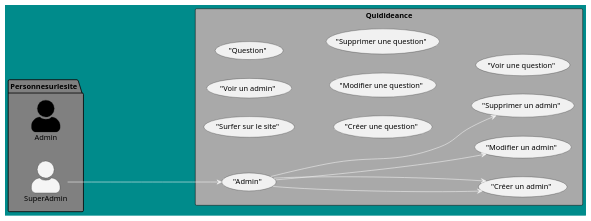
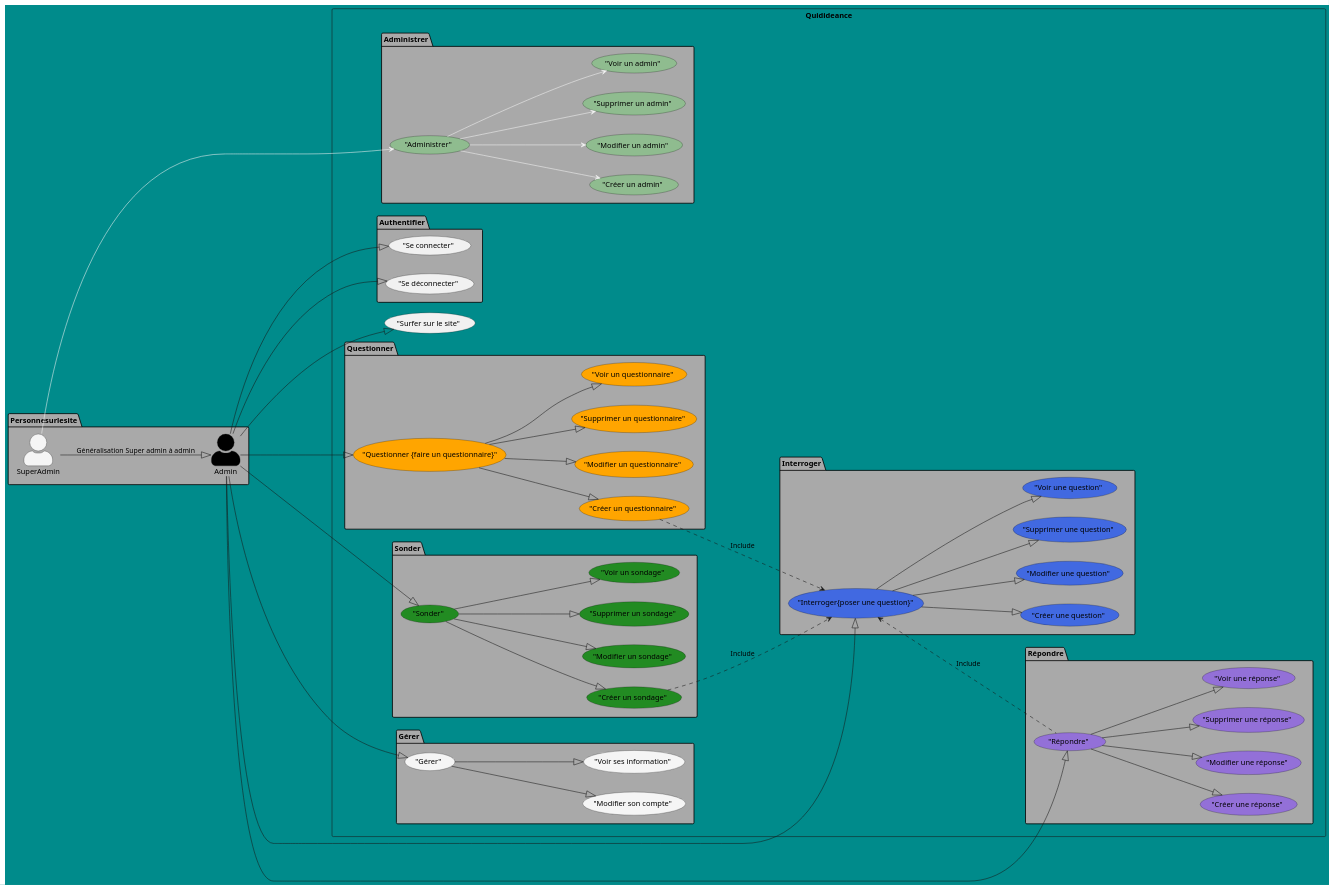
Before and after one commit to nwehla/QuidideanceTest: the diagram in documents/analyse_uml/diagramme_use_case/use_case_general.wsd, drawn with PlantUML. The commit also changed 2 other files, not shown here.

Commit message:
Avancement dans l'uml schéma

```diff
--- a/documents/analyse_uml/diagramme_use_case/use_case_general.wsd
+++ b/documents/analyse_uml/diagramme_use_case/use_case_general.wsd
@@ -1,43 +1,125 @@
 @startuml Codecouleur
 left to right direction
 skinparam actorStyle awesome
 skinparam BackgroundColor #DarkCyan
-package Personnesurlesite #Grey {
+package Personnesurlesite #DarkGrey {
 actor Admin as ADMIN #Black
 actor SuperAdmin as SUPADMIN #WhiteSmoke
 }
 
 
-Rectangle Quidideance #DarkGrey {
+Rectangle Quidideance #DarkCyan {
 
     ("Surfer sur le site") as SURF
-    ("Admin") as ADM 
-    ("Créer un admin") as ADMNEW
-    ("Modifier un admin") as ADMEDIT
-    ("Supprimer un admin") as ADMDELETE
-    ("Voir un admin") as ADMSHOW
-    ("Question") as QUE
-    ("Créer une question") as QUENEW
-    ("Modifier une question") as QUEEDIT
-    ("Supprimer une question") as QUEDELETE
-    ("Voir une question") as QUESHOW
+    
+package Administrer #DarkGrey {
+    ("Administrer") as ADM #DarkSeaGreen
+    ("Créer un admin") as ADMNEW #DarkSeaGreen
+    ("Modifier un admin") as ADMEDIT #DarkSeaGreen
+    ("Supprimer un admin") as ADMDELETE #DarkSeaGreen
+    ("Voir un admin") as ADMSHOW #DarkSeaGreen
+}
+    
+package Interroger #DarkGrey {
+
+    ("Interroger{poser une question}") as INT #RoyalBlue
+    ("Créer une question") as INTNEW #RoyalBlue
+    ("Modifier une question") as INTEDIT #RoyalBlue
+    ("Supprimer une question") as INTDELETE #RoyalBlue
+    ("Voir une question") as INTSHOW #RoyalBlue
+}
+package Questionner #DarkGrey {
+
+    ("Questionner {faire un questionnaire}") as QUE #Orange 
+    ("Créer un questionnaire") as QUENEW #Orange
+    ("Modifier un questionnaire") as QUEEDIT #Orange
+    ("Supprimer un questionnaire") as QUEDELETE #Orange
+    ("Voir un questionnaire") as QUESHOW #Orange
+}
+package Sonder #DarkGrey {
+
+    ("Sonder") as SON #ForestGreen
+    ("Créer un sondage") as SONNEW #ForestGreen
+    ("Modifier un sondage") as SONEDIT #ForestGreen
+    ("Supprimer un sondage") as SONDELETE #ForestGreen
+    ("Voir un sondage") as SONSHOW #ForestGreen
+}
+package Répondre #DarkGrey {
+
+    ("Répondre") as REP #MediumPurple
+    ("Créer une réponse") as REPNEW #MediumPurple
+    ("Modifier une réponse") as REPEDIT #MediumPurple
+    ("Supprimer une réponse") as REPDELETE #MediumPurple
+    ("Voir une réponse") as REPSHOW #MediumPurple
+}
+package Gérer #DarkGrey {
+
+    ("Gérer") as GER #WhiteSmoke
+    ("Modifier son compte") as GEREDIT #WhiteSmoke
+    ("Voir ses information") as GERSHOW #WhiteSmoke
+}
+package Authentifier #DarkGrey {
+    ("Se connecter") as CON
+    ("Se déconnecter") as DEC
+}
+
+
+    SUPADMIN--|> ADMIN : Généralisation Super admin à admin
+
+
+
+    ADMIN---|>SURF
+    ADMIN---|>CON
+    ADMIN---|>DEC
+
+
+    ADMIN---|>QUE
+    QUE---|>QUENEW
+    QUE---|>QUEEDIT
+    QUE---|>QUEDELETE
+    QUE---|>QUESHOW
+
+    ADMIN---|>SON
+    SON---|>SONNEW
+    SON---|>SONEDIT
+    SON---|>SONDELETE
+    SON---|>SONSHOW
+
+    ADMIN---|>INT
+    INT---|>INTNEW
+    INT---|>INTEDIT
+    INT---|>INTDELETE
+    INT---|>INTSHOW
+
+    ADMIN---|>REP
+    REP---|>REPNEW
+    REP---|>REPEDIT
+    REP---|>REPDELETE
+    REP---|>REPSHOW
+
+    ADMIN---|>GER
+    GER---|>GEREDIT
+    GER---|>GERSHOW
 
     SUPADMIN----->ADM #WhiteSmoke
     ADM--->ADMNEW #WhiteSmoke
     ADM--->ADMEDIT #WhiteSmoke
     ADM--->ADMDELETE #WhiteSmoke
-    ADM--->ADMNEW #WhiteSmoke
+    ADM--->ADMSHOW #WhiteSmoke
 
+    QUENEW-..>INT : Include
+    SONNEW-..>INT : Include
+    INT<..-REP : Include
     
     
     
     
 
 
 
       
     
   
 }
 
 @enduml
```
